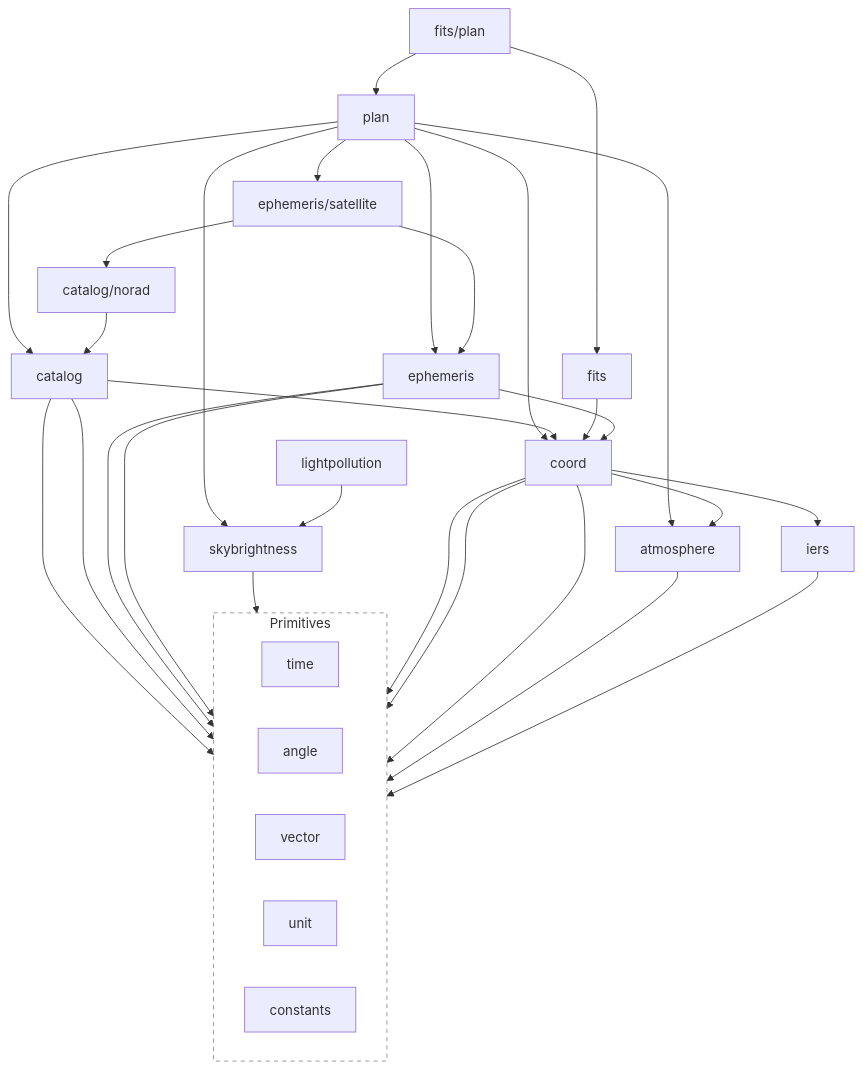
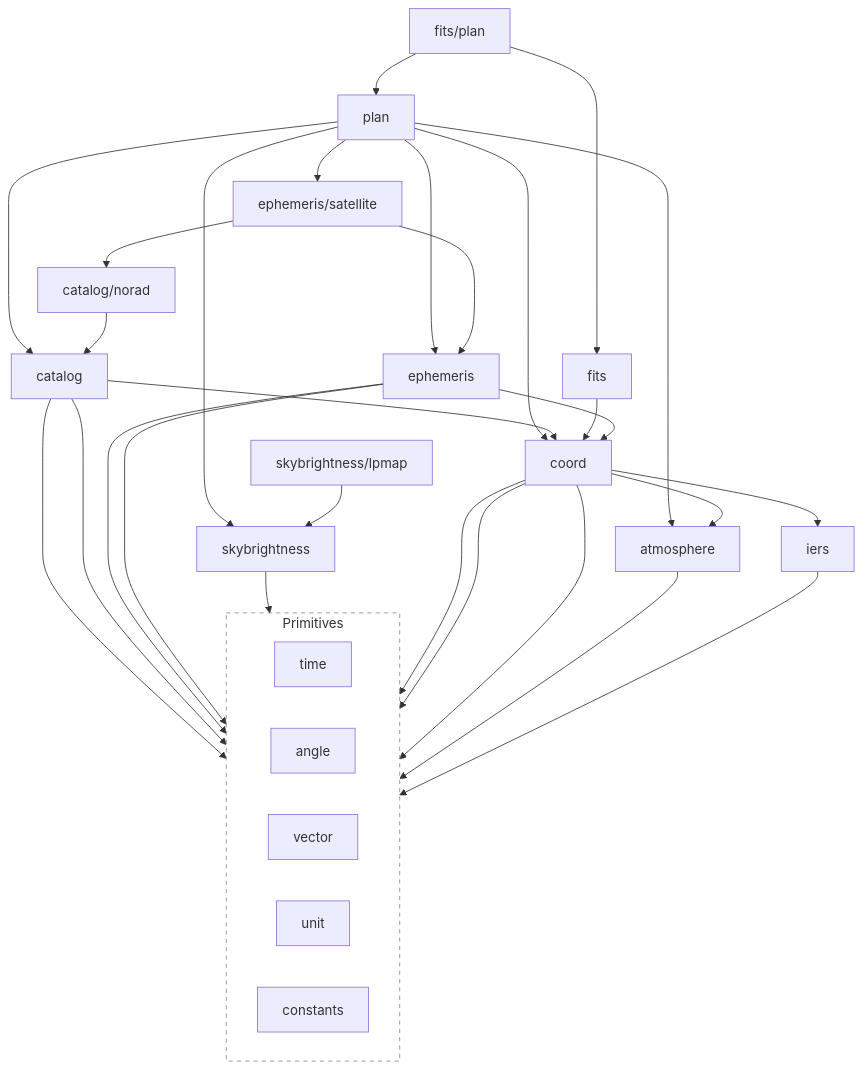
The diagram in README.md (TuSKan/astrogo), drawn with Mermaid before and after one commit. The commit also changed other lines of this file and 49 other files, not shown here.

````diff
--- a/README.md
+++ b/README.md
@@ -525,67 +525,67 @@
 ```mermaid
 flowchart TD
     %% High-level Orchestration
     plan[plan]
     catalog[catalog]
     fitsplan["fits/plan"]
 
     %% Scientific Engines
     ephemeris[ephemeris]
     coord[coord]
     atmosphere[atmosphere]
     fits[fits]
     skybrightness[skybrightness]
 
     %% Data Providers
     iers[iers]
-    lightpollution[lightpollution]
+    lpmap["skybrightness/lpmap"]
 
     %% Primitive Foundation
     subgraph Primitives
         direction LR
         time[time]
         angle[angle]
         vector[vector]
         unit[unit]
         constants[constants]
     end
 
     %% Dependency mappings (Top-Down: A imports B)
     plan --> coord
     plan --> ephemeris
     plan --> catalog
     plan --> atmosphere
     plan --> skybrightness
 
     fitsplan --> fits
     fitsplan --> plan
 
     catalog --> coord
     catalog --> time
     catalog --> angle
 
     fits --> coord
 
     ephemeris --> time
     ephemeris --> vector
     ephemeris --> coord
     satellite["ephemeris/satellite"] --> ephemeris
     satellite --> norad
     norad["catalog/norad"] --> catalog
     plan --> satellite
 
     skybrightness --> angle
-    lightpollution --> skybrightness
+    lpmap --> skybrightness
 
     coord --> iers
     coord --> atmosphere
     coord --> time
     coord --> vector
     coord --> angle
 
     atmosphere --> angle
 
     iers --> time
 
     style Primitives fill:transparent,stroke:#888,stroke-dasharray: 5 5
 ```
````
